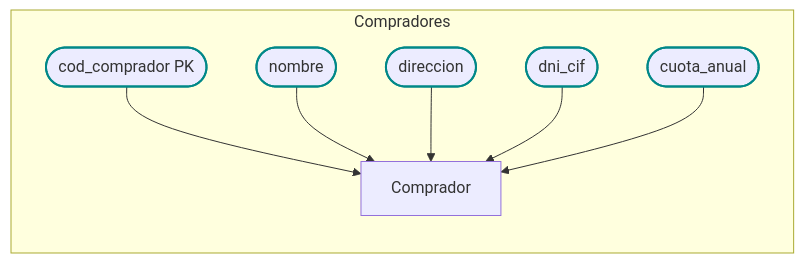
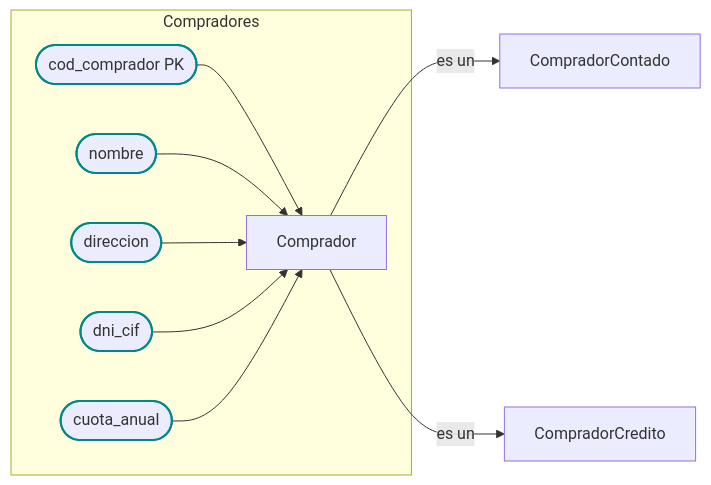
Before and after one commit to JulTob/Data: the fourth of 7 diagrams in DataBases/lonja_DB.md, drawn with Mermaid.

````diff
--- a/DataBases/lonja_DB.md
+++ b/DataBases/lonja_DB.md
@@ -197,15 +197,19 @@
 ```mermaid
 flowchart LR
   classDef atributo stroke:#088,stroke-width:2px;
   classDef pk stroke:#800,stroke-width:4px;
   classDef entidad stroke:#404,stroke-width:4px;
 
   %% Atributos COMPRADOR
   subgraph Compradores
   cod_comprador([cod_comprador PK]):::atributo --> Comprador
   nombre_compr([nombre]):::atributo --> Comprador
   direccion_compr([direccion]):::atributo --> Comprador
   dni_cif([dni_cif]):::atributo --> Comprador
   cuota_anual([cuota_anual]):::atributo --> Comprador
   end
+
+  Comprador -->|es un| CompradorContado
+  Comprador -->|es un| CompradorCredito
+
 ```
````
